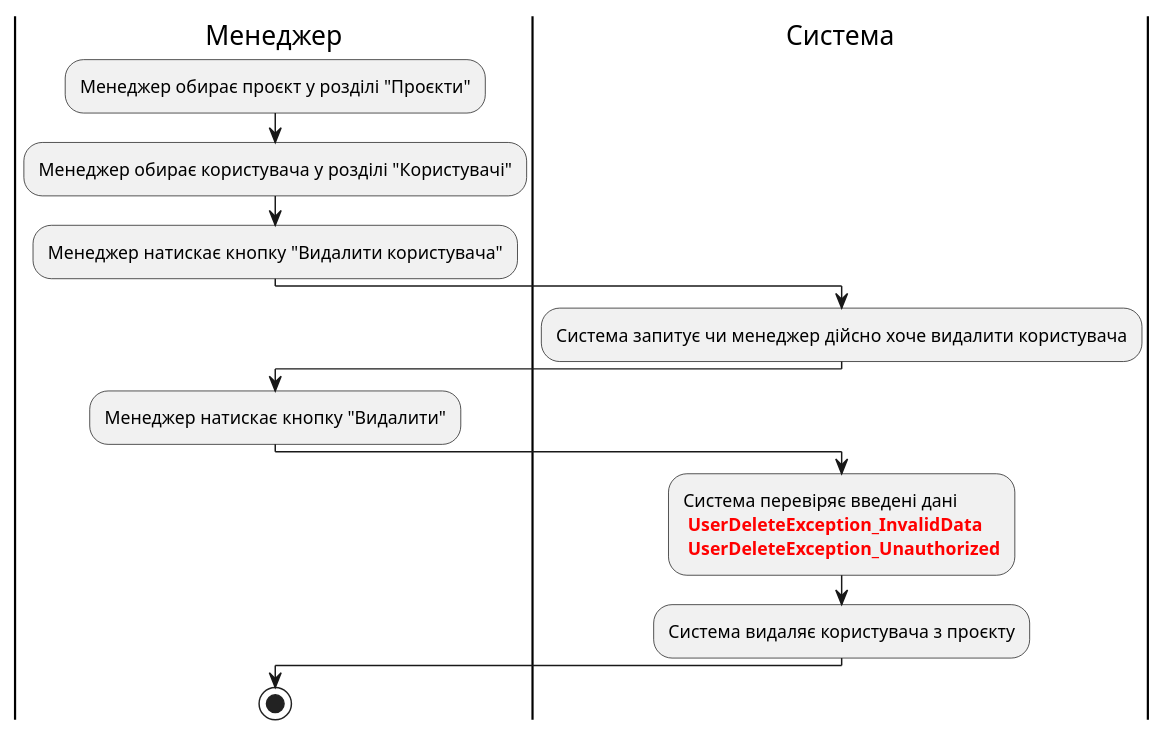
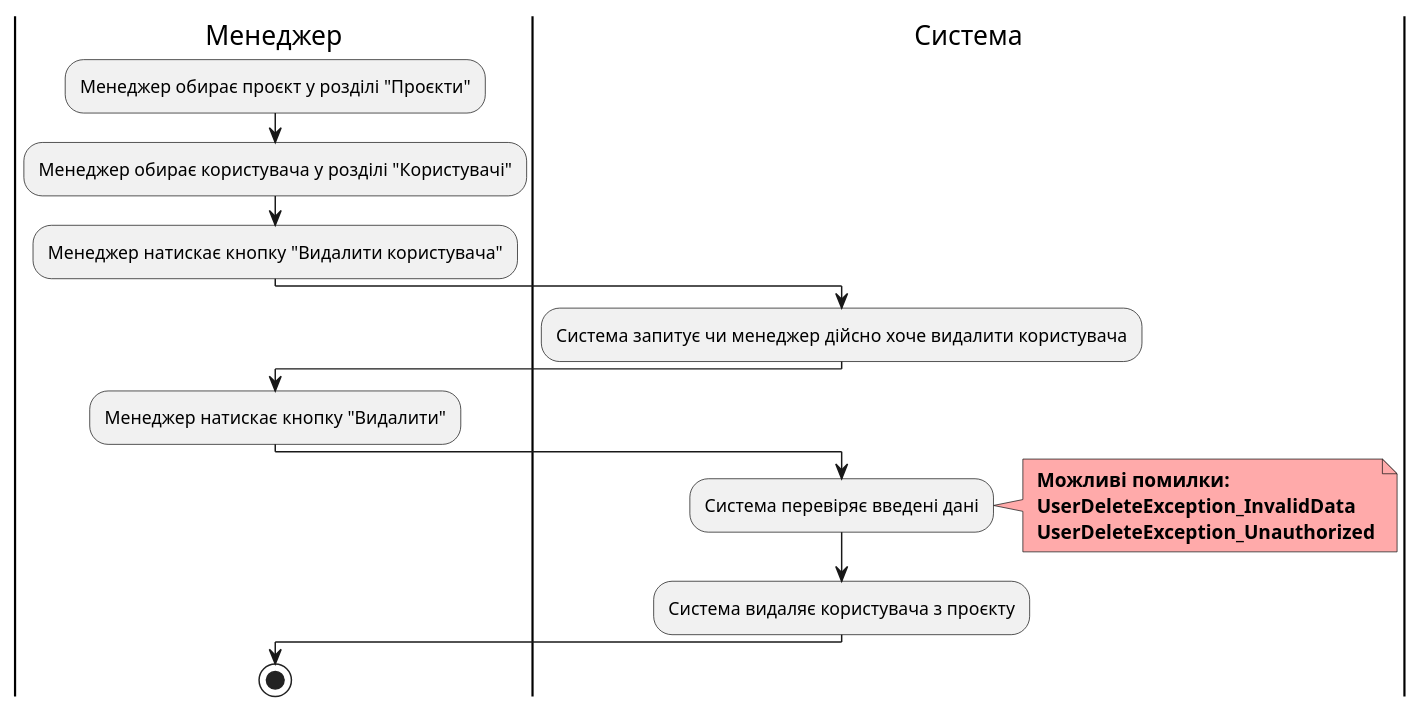
Before and after one commit to vlad13242/TaskForge: diagram 12 of 21 in docs/use cases/README.md, drawn with PlantUML. The commit also changed other lines of this file and 1 other file, not shown here.

Commit message:
shenge all diagram errors

```diff
--- a/docs/use cases/README.md
+++ b/docs/use cases/README.md
@@ -629,19 +651,22 @@
 @startuml
 
     |Менеджер|
     :Менеджер обирає проєкт у розділі "Проєкти";
     :Менеджер обирає користувача у розділі "Користувачі";
     :Менеджер натискає кнопку "Видалити користувача";
     |Система|
     :Система запитує чи менеджер дійсно хоче видалити користувача;
     |Менеджер|
     :Менеджер натискає кнопку "Видалити";
     |Система|
-    :Система перевіряє введені дані
-    <font color="red"><b> UserDeleteException_InvalidData
-    <font color="red"><b> UserDeleteException_Unauthorized;
+    :Система перевіряє введені дані;
+    note right #ffaaaa
+    <b> Можливі помилки:
+    <b> UserDeleteException_InvalidData
+    <b> UserDeleteException_Unauthorized
+    end note
     :Система видаляє користувача з проєкту;
     |Менеджер|
     stop;
 
 @enduml
```
